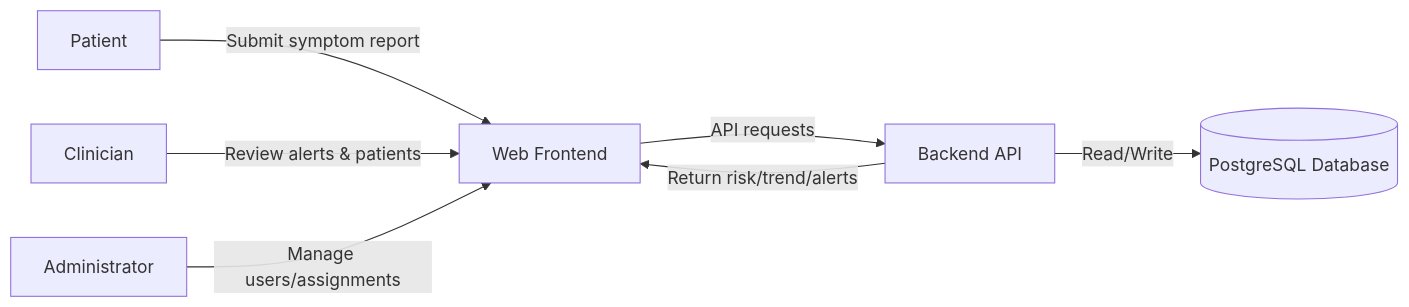
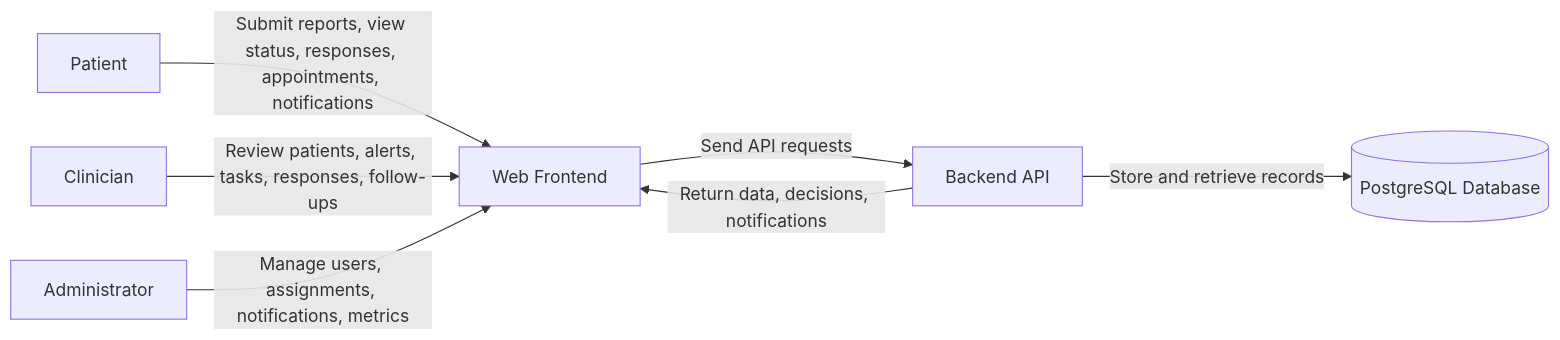
Before and after one commit to Mkayzw/backend: the third of 6 diagrams in CHAPTER_4_ANALYSIS_AND_DESIGN.md, drawn with Mermaid. The commit also changed other lines of this file and 53 other files, not shown here.

````diff
--- a/CHAPTER_4_ANALYSIS_AND_DESIGN.md
+++ b/CHAPTER_4_ANALYSIS_AND_DESIGN.md
@@ -217,11 +262,17 @@
 ```mermaid
 flowchart LR
-    Patient[Patient] -->|Submit symptom report| UI[Web Frontend]
-    Clinician[Clinician] -->|Review alerts & patients| UI
-    Admin[Administrator] -->|Manage users/assignments| UI
+    Patient[Patient]
+    Clinician[Clinician]
+    Admin[Administrator]
+    Frontend[Web Frontend]
+    Backend[Backend API]
+    Database[(PostgreSQL Database)]
 
-    UI -->|API requests| API[Backend API]
-    API -->|Read/Write| DB[(PostgreSQL Database)]
+    Patient -->|Submit reports, view status, responses, appointments, notifications| Frontend
+    Clinician -->|Review patients, alerts, tasks, responses, follow-ups| Frontend
+    Admin -->|Manage users, assignments, notifications, metrics| Frontend
 
-    API -->|Return risk/trend/alerts| UI
+    Frontend -->|Send API requests| Backend
+    Backend -->|Return data, decisions, notifications| Frontend
+    Backend -->|Store and retrieve records| Database
 ```
````
